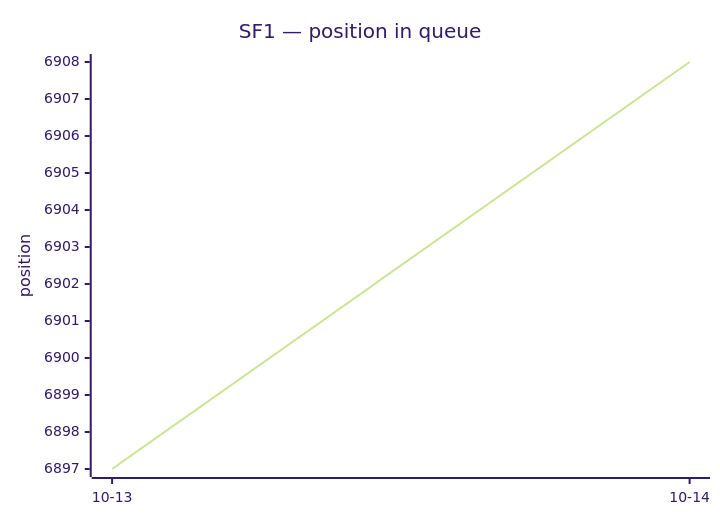
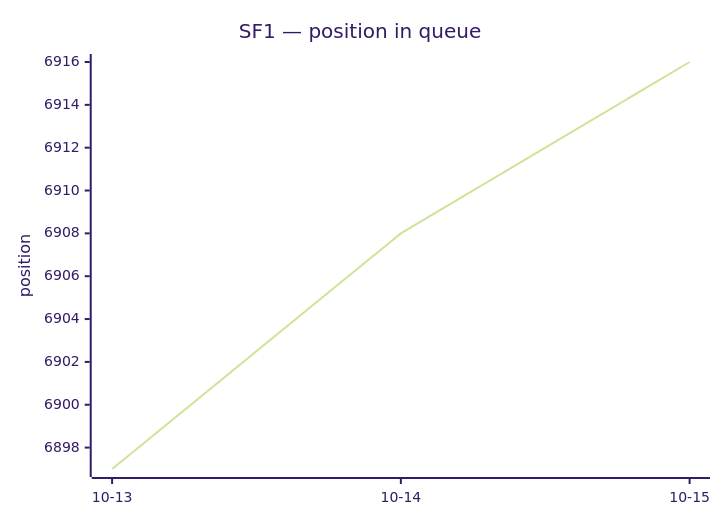
One commit to thyarles/thyarles changed the first of 2 diagrams in queue/README.md. Above: the diagram before and after it, drawn with Mermaid (forest theme). The commit also changed other lines of this file and 2 other files, not shown here.

````diff
--- a/queue/README.md
+++ b/queue/README.md
@@ -20,7 +20,7 @@
 ```mermaid
 xychart-beta
   title "SF1 — position in queue"
-  x-axis ["10-13", "10-14"]
+  x-axis ["10-13", "10-14", "10-15"]
   y-axis "position"
-  line [6897, 6908]
+  line [6897, 6908, 6916]
 ```
````
